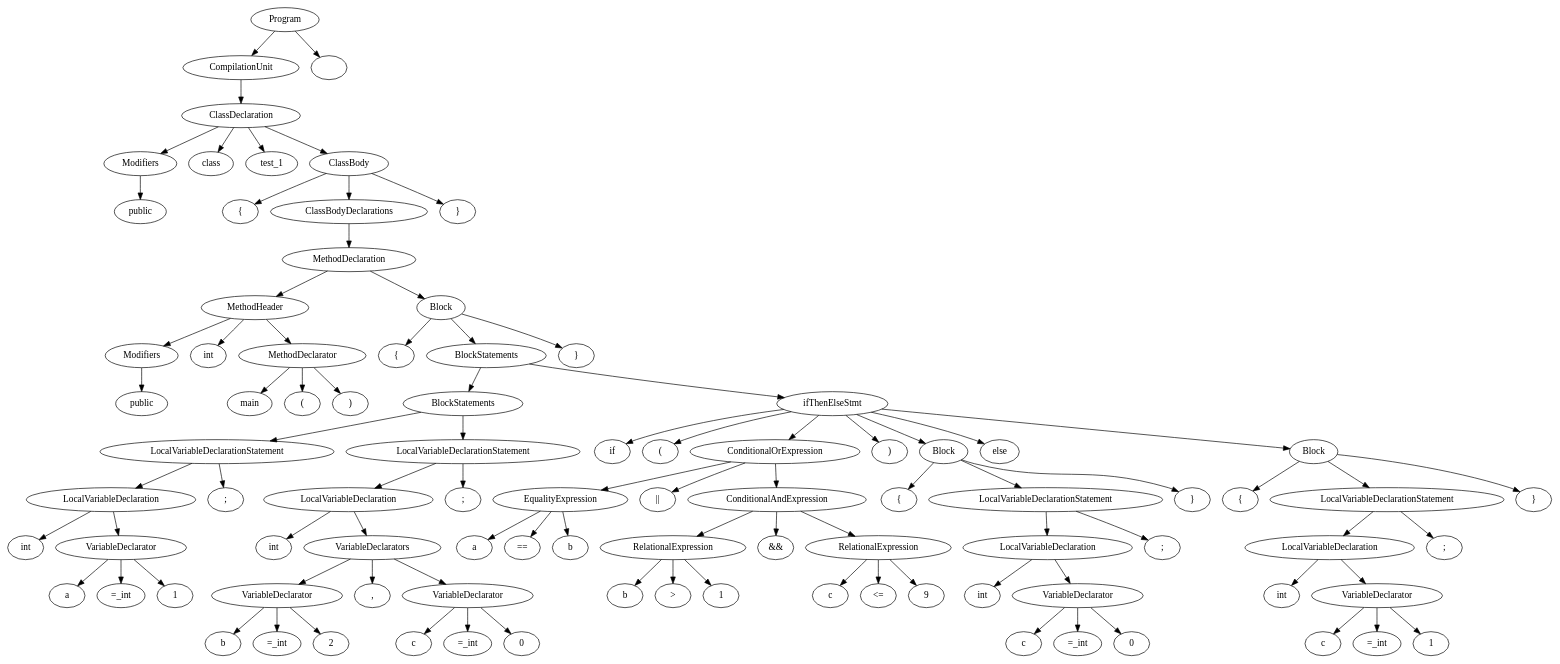
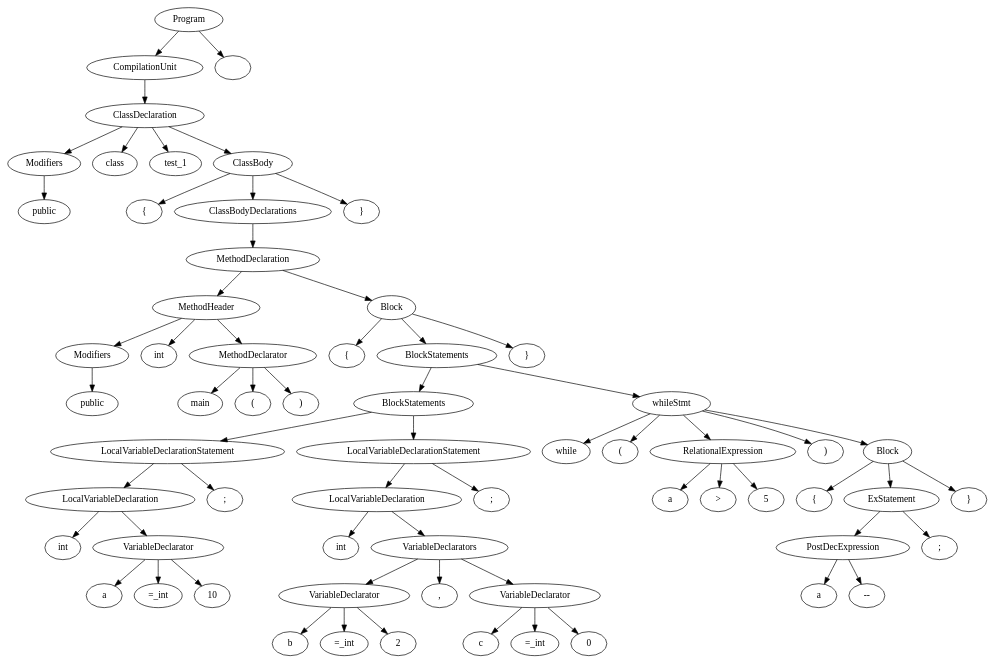
The diagram in cs335_project_200530/src/out.dot (sandeepb20/Milestone), drawn with Graphviz before and after one commit. The commit also changed 6 other files, not shown here.

```diff
--- a/cs335_project_200530/src/out.dot
+++ b/cs335_project_200530/src/out.dot
@@ -1,183 +1,129 @@
 digraph G {
 n1 [label="public"]
 n2 [label="Modifiers"]
 n2->n1;
 n3 [label="class"]
 n4 [label="test_1"]
 n5 [label="{"]
 n6 [label="public"]
 n7 [label="Modifiers"]
 n7->n6;
 n8 [label="int"]
 n9 [label="main"]
 n10 [label="("]
 n11 [label=")"]
 n12 [label="MethodDeclarator"]
 n12->n11;
 n12->n10;
 n12->n9;
 n13 [label="MethodHeader"]
 n13->n12;
 n13->n8;
 n13->n7;
 n14 [label="{"]
 n15 [label="int"]
 n16 [label="a"]
 n17 [label="=_int"]
-n18 [label="1"]
+n18 [label="10"]
 n19 [label="VariableDeclarator"]
 n19->n18;
 n19->n17;
 n19->n16;
 n20 [label="LocalVariableDeclaration"]
 n20->n19;
 n20->n15;
 n21 [label=";"]
 n22 [label="LocalVariableDeclarationStatement"]
 n22->n21;
 n22->n20;
 n23 [label="int"]
 n24 [label="b"]
 n25 [label="=_int"]
 n26 [label="2"]
 n27 [label="VariableDeclarator"]
 n27->n26;
 n27->n25;
 n27->n24;
 n28 [label=","]
 n29 [label="c"]
 n30 [label="=_int"]
 n31 [label="0"]
 n32 [label="VariableDeclarator"]
 n32->n31;
 n32->n30;
 n32->n29;
 n33 [label="VariableDeclarators"]
 n33->n32;
 n33->n28;
 n33->n27;
 n34 [label="LocalVariableDeclaration"]
 n34->n33;
 n34->n23;
 n35 [label=";"]
 n36 [label="LocalVariableDeclarationStatement"]
 n36->n35;
 n36->n34;
 n37 [label="BlockStatements"]
 n37->n36;
 n37->n22;
-n38 [label="if"]
+n38 [label="while"]
 n39 [label="("]
 n40 [label="a"]
-n41 [label="=="]
-n42 [label="b"]
-n43 [label="EqualityExpression"]
+n41 [label=">"]
+n42 [label="5"]
+n43 [label="RelationalExpression"]
 n43->n42;
 n43->n41;
 n43->n40;
-n44 [label="||"]
-n45 [label="b"]
-n46 [label=">"]
-n47 [label="1"]
-n48 [label="RelationalExpression"]
+n44 [label=")"]
+n45 [label="{"]
+n46 [label="a"]
+n47 [label="--"]
+n48 [label="PostDecExpression"]
 n48->n47;
 n48->n46;
-n48->n45;
-n49 [label="&&"]
-n50 [label="c"]
-n51 [label="<="]
-n52 [label="9"]
-n53 [label="RelationalExpression"]
+n49 [label=";"]
+n50 [label="ExStatement"]
+n50->n49;
+n50->n48;
+n51 [label="}"]
+n52 [label="Block"]
+n52->n51;
+n52->n50;
+n52->n45;
+n53 [label="whileStmt"]
 n53->n52;
-n53->n51;
-n53->n50;
-n54 [label="ConditionalAndExpression"]
+n53->n44;
+n53->n43;
+n53->n39;
+n53->n38;
+n54 [label="BlockStatements"]
 n54->n53;
-n54->n49;
-n54->n48;
-n55 [label="ConditionalOrExpression"]
-n55->n54;
-n55->n44;
-n55->n43;
-n56 [label=")"]
-n57 [label="{"]
-n58 [label="int"]
-n59 [label="c"]
-n60 [label="=_int"]
-n61 [label="0"]
-n62 [label="VariableDeclarator"]
+n54->n37;
+n55 [label="}"]
+n56 [label="Block"]
+n56->n55;
+n56->n54;
+n56->n14;
+n57 [label="MethodDeclaration"]
+n57->n56;
+n57->n13;
+n58 [label="ClassBodyDeclarations"]
+n58->n57;
+n59 [label="}"]
+n60 [label="ClassBody"]
+n60->n59;
+n60->n58;
+n60->n5;
+n61 [label="ClassDeclaration"]
+n61->n60;
+n61->n4;
+n61->n3;
+n61->n2;
+n62 [label="CompilationUnit"]
 n62->n61;
-n62->n60;
-n62->n59;
-n63 [label="LocalVariableDeclaration"]
+n63 [label="Program"]
+n63->n64;
 n63->n62;
-n63->n58;
-n64 [label=";"]
-n65 [label="LocalVariableDeclarationStatement"]
-n65->n64;
-n65->n63;
-n66 [label="}"]
-n67 [label="Block"]
-n67->n66;
-n67->n65;
-n67->n57;
-n68 [label="else"]
-n69 [label="{"]
-n70 [label="int"]
-n71 [label="c"]
-n72 [label="=_int"]
-n73 [label="1"]
-n74 [label="VariableDeclarator"]
-n74->n73;
-n74->n72;
-n74->n71;
-n75 [label="LocalVariableDeclaration"]
-n75->n74;
-n75->n70;
-n76 [label=";"]
-n77 [label="LocalVariableDeclarationStatement"]
-n77->n76;
-n77->n75;
-n78 [label="}"]
-n79 [label="Block"]
-n79->n78;
-n79->n77;
-n79->n69;
-n80 [label="ifThenElseStmt"]
-n80->n79;
-n80->n68;
-n80->n67;
-n80->n56;
-n80->n55;
-n80->n39;
-n80->n38;
-n81 [label="BlockStatements"]
-n81->n80;
-n81->n37;
-n82 [label="}"]
-n83 [label="Block"]
-n83->n82;
-n83->n81;
-n83->n14;
-n84 [label="MethodDeclaration"]
-n84->n83;
-n84->n13;
-n85 [label="ClassBodyDeclarations"]
-n85->n84;
-n86 [label="}"]
-n87 [label="ClassBody"]
-n87->n86;
-n87->n85;
-n87->n5;
-n88 [label="ClassDeclaration"]
-n88->n87;
-n88->n4;
-n88->n3;
-n88->n2;
-n89 [label="CompilationUnit"]
-n89->n88;
-n90 [label="Program"]
-n90->n91;
-n90->n89;
-n91 [label=""]
+n64 [label=""]
 }
```
